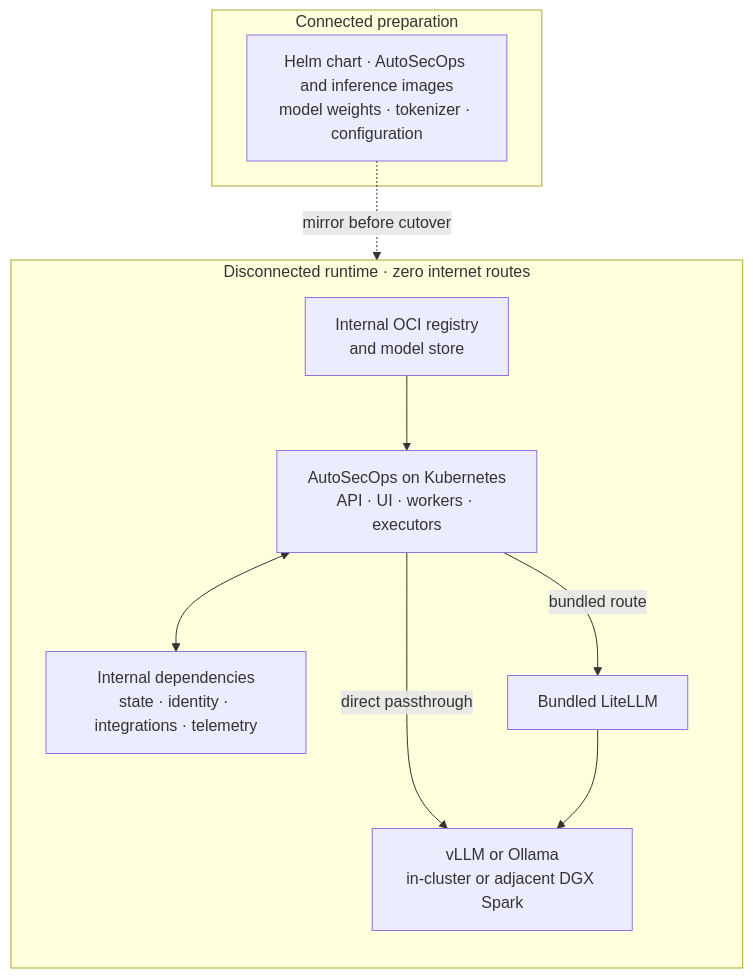
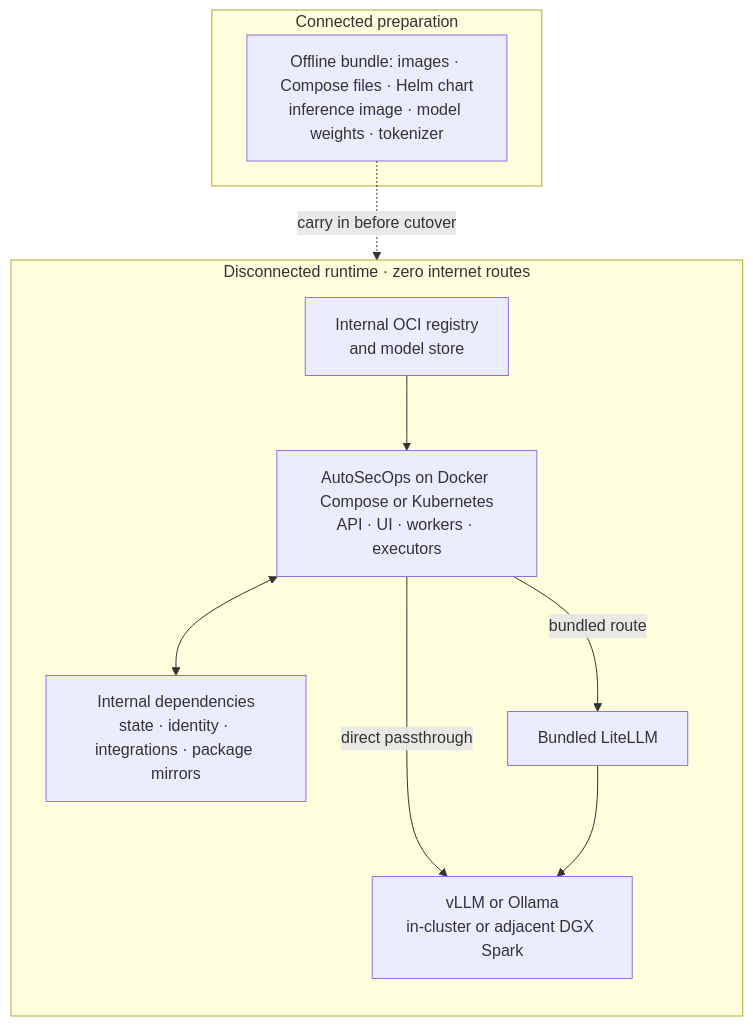
Before and after one commit to SingularityRD/AutoSecOps1: the diagram in docs/self-hosting/air-gapped.mdx, drawn with Mermaid. The commit also changed other lines of this file and 4 other files, not shown here.

First line of the commit message:
docs: document air-gapped installation with the offline bundle

````diff
--- a/docs/self-hosting/air-gapped.mdx
+++ b/docs/self-hosting/air-gapped.mdx
@@ -17,22 +18,22 @@
 ```mermaid
 flowchart TB
   subgraph preparation["Connected preparation"]
-    artifacts["Helm chart · AutoSecOps and inference images<br/>model weights · tokenizer · configuration"]
+    artifacts["Offline bundle: images · Compose files · Helm chart<br/>inference image · model weights · tokenizer"]
   end
 
   subgraph runtime["Disconnected runtime · zero internet routes"]
     direction TB
     registry["Internal OCI registry<br/>and model store"]
-    autosecops["AutoSecOps on Kubernetes<br/>API · UI · workers · executors"]
-    dependencies["Internal dependencies<br/>state · identity · integrations · telemetry"]
+    autosecops["AutoSecOps on Docker Compose or Kubernetes<br/>API · UI · workers · executors"]
+    dependencies["Internal dependencies<br/>state · identity · integrations · package mirrors"]
     litellm["Bundled LiteLLM"]
     inference["vLLM or Ollama<br/>in-cluster or adjacent DGX Spark"]
 
     registry --> autosecops
     autosecops <--> dependencies
     autosecops -->|direct passthrough| inference
     autosecops -->|bundled route| litellm --> inference
   end
 
-  artifacts -. mirror before cutover .-> registry
+  artifacts -. carry in before cutover .-> registry
 ```
````
